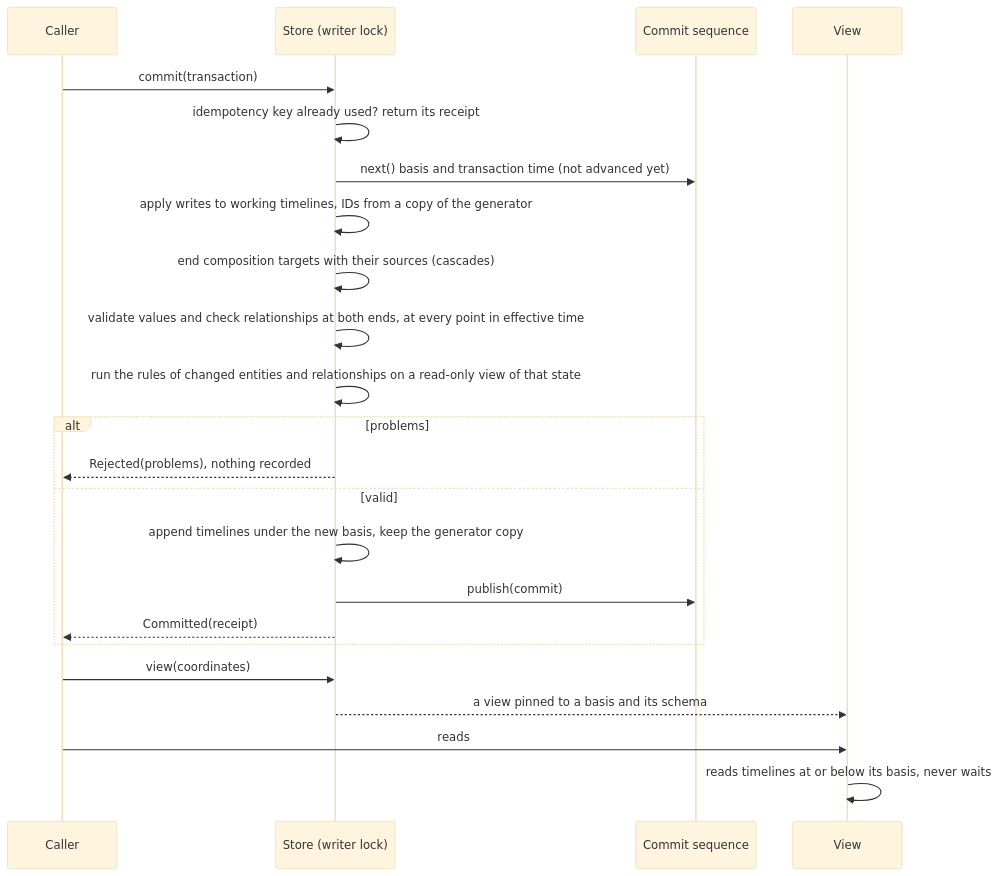
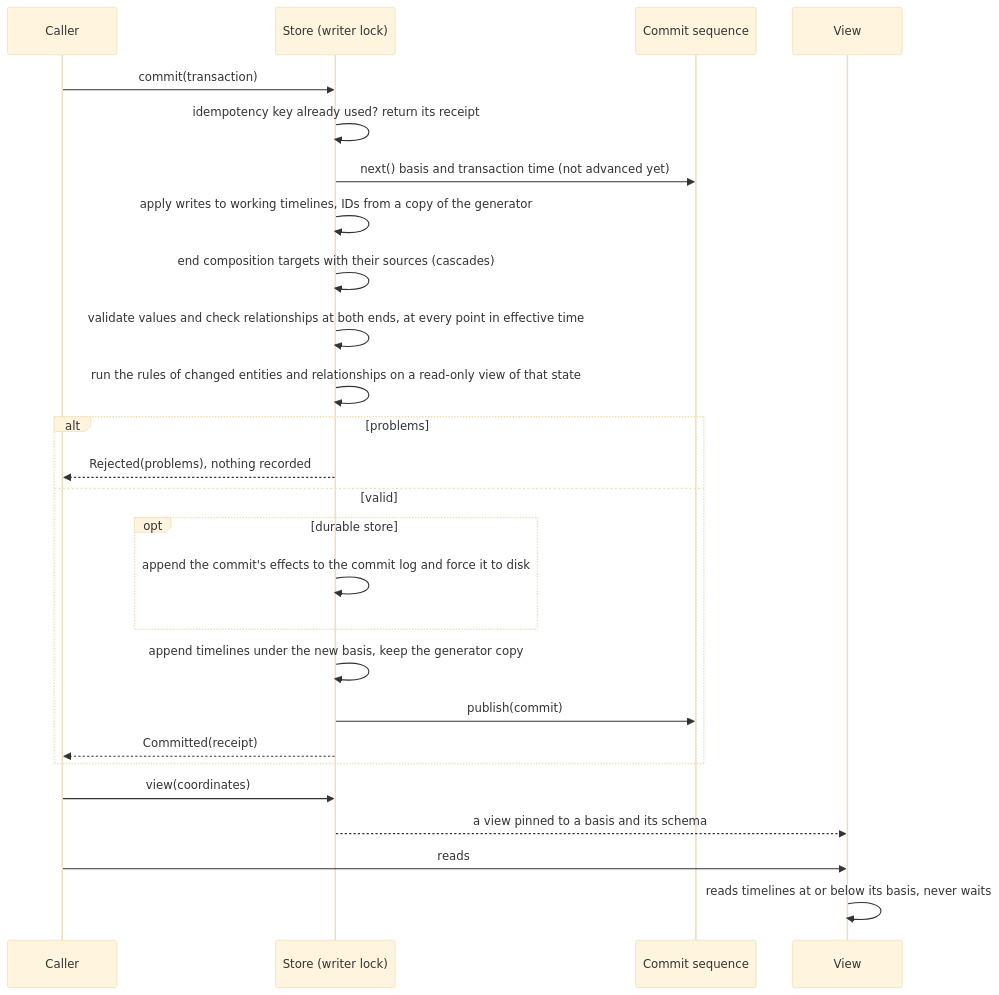
The third of 3 diagrams in docs/architecture/README.md (enricoag1982/Cairn), drawn with Mermaid (base theme) before and after one commit. The commit also changed other lines of this file and 4 other files, not shown here.

First line of the commit message:
docs: describe durable stores in a guide, the architecture and the status lines

````diff
--- a/docs/architecture/README.md
+++ b/docs/architecture/README.md
@@ -103,25 +104,28 @@
 ```mermaid
 sequenceDiagram
     participant C as Caller
     participant S as Store (writer lock)
     participant Q as Commit sequence
     participant V as View
     C->>S: commit(transaction)
     S->>S: idempotency key already used? return its receipt
     S->>Q: next() basis and transaction time (not advanced yet)
     S->>S: apply writes to working timelines, IDs from a copy of the generator
     S->>S: end composition targets with their sources (cascades)
     S->>S: validate values and check relationships at both ends, at every point in effective time
     S->>S: run the rules of changed entities and relationships on a read-only view of that state
     alt problems
         S-->>C: Rejected(problems), nothing recorded
     else valid
+        opt durable store
+            S->>S: append the commit's effects to the commit log and force it to disk
+        end
         S->>S: append timelines under the new basis, keep the generator copy
         S->>Q: publish(commit)
         S-->>C: Committed(receipt)
     end
     C->>S: view(coordinates)
     S-->>V: a view pinned to a basis and its schema
     C->>V: reads
     V->>V: reads timelines at or below its basis, never waits
 ```
````
